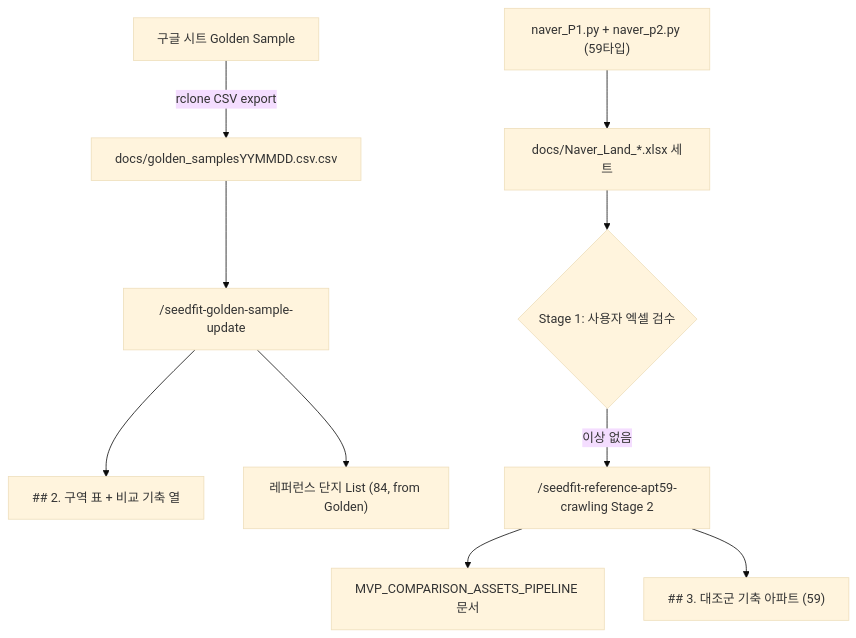
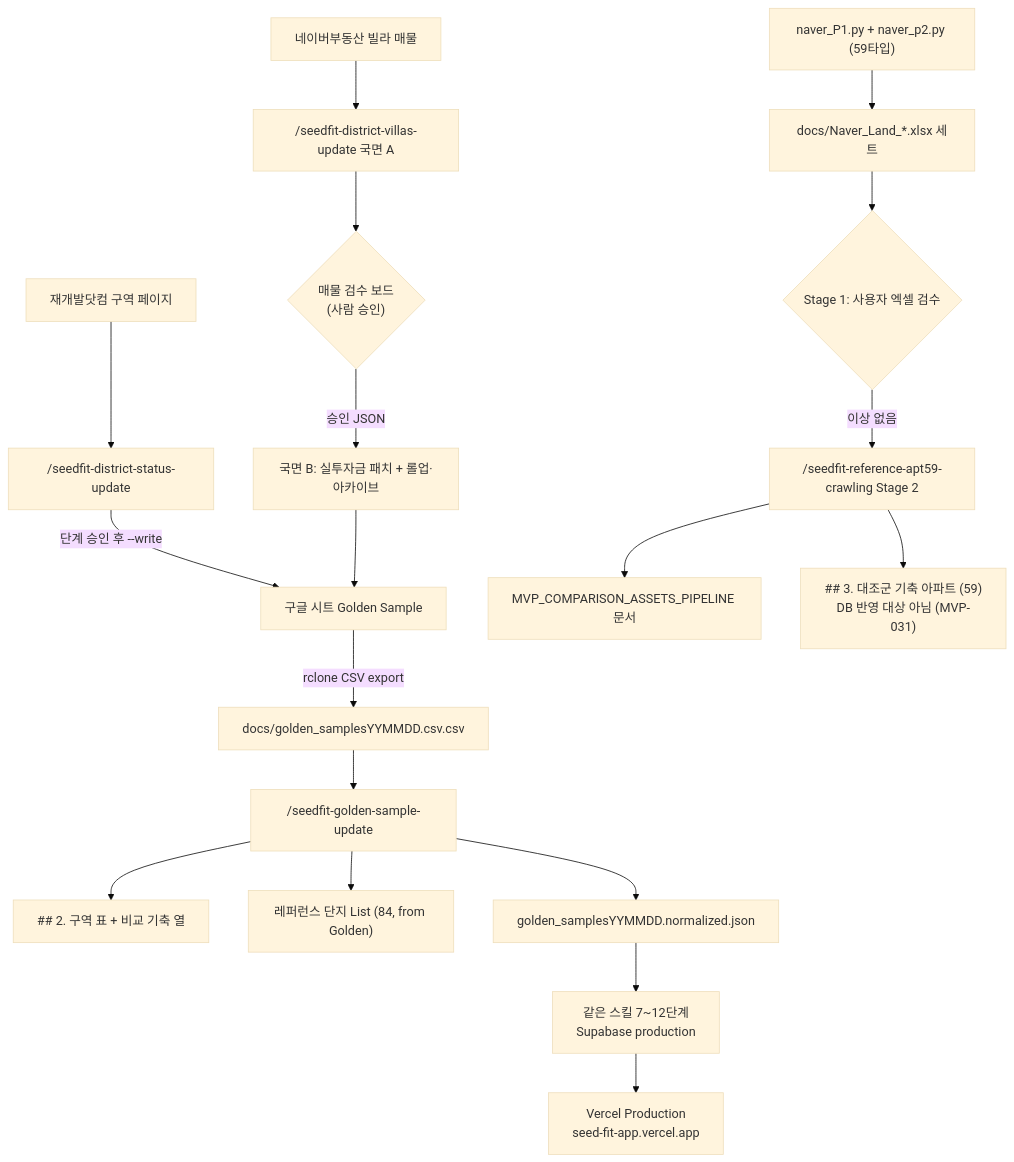
Before and after one commit to luca-prop/SeedFit_App: the second of 2 diagrams in docs/DATA_CURATION_SPEC.v.2.md, drawn with Mermaid (base theme). The commit also changed other lines of this file and 9 other files, not shown here.

````diff
--- a/docs/DATA_CURATION_SPEC.v.2.md
+++ b/docs/DATA_CURATION_SPEC.v.2.md
@@ -639,13 +682,24 @@
 ```mermaid
 flowchart TD
+  JGB["재개발닷컴 구역 페이지"] --> Status["/seedfit-district-status-update"]
+  Status -->|"단계 승인 후 --write"| GSheet
+
+  Naver["네이버부동산 빌라 매물"] --> Villas["/seedfit-district-villas-update 국면 A"]
+  Villas --> Board{"매물 검수 보드<br/>(사람 승인)"}
+  Board -->|"승인 JSON"| VillasB["국면 B: 실투자금 패치 + 롤업·아카이브"]
+  VillasB --> GSheet
+
   GSheet["구글 시트 Golden Sample"] -->|"rclone CSV export"| CSV["docs/golden_samplesYYMMDD.csv.csv"]
   CSV --> Redev["/seedfit-golden-sample-update"]
   Redev --> Sec2["## 2. 구역 표 + 비교 기축 열"]
   Redev --> RefList["레퍼런스 단지 List (84, from Golden)"]
+  Redev --> Norm["golden_samplesYYMMDD.normalized.json"]
+  Norm --> Supa["같은 스킬 7~12단계<br/>Supabase production"]
+  Supa --> Prod["Vercel Production<br/>seed-fit-app.vercel.app"]
 
   Crawl["naver_P1.py + naver_p2.py (59타입)"] --> XLSX["docs/Naver_Land_*.xlsx 세트"]
   XLSX --> Check{"Stage 1: 사용자 엑셀 검수"}
   Check -->|"이상 없음"| Ref["/seedfit-reference-apt59-crawling Stage 2"]
   Ref --> Pipe["MVP_COMPARISON_ASSETS_PIPELINE 문서"]
-  Ref --> Sec3["## 3. 대조군 기축 아파트 (59)"]
+  Ref --> Sec3["## 3. 대조군 기축 아파트 (59)<br/>DB 반영 대상 아님 (MVP-031)"]
 ```
````
